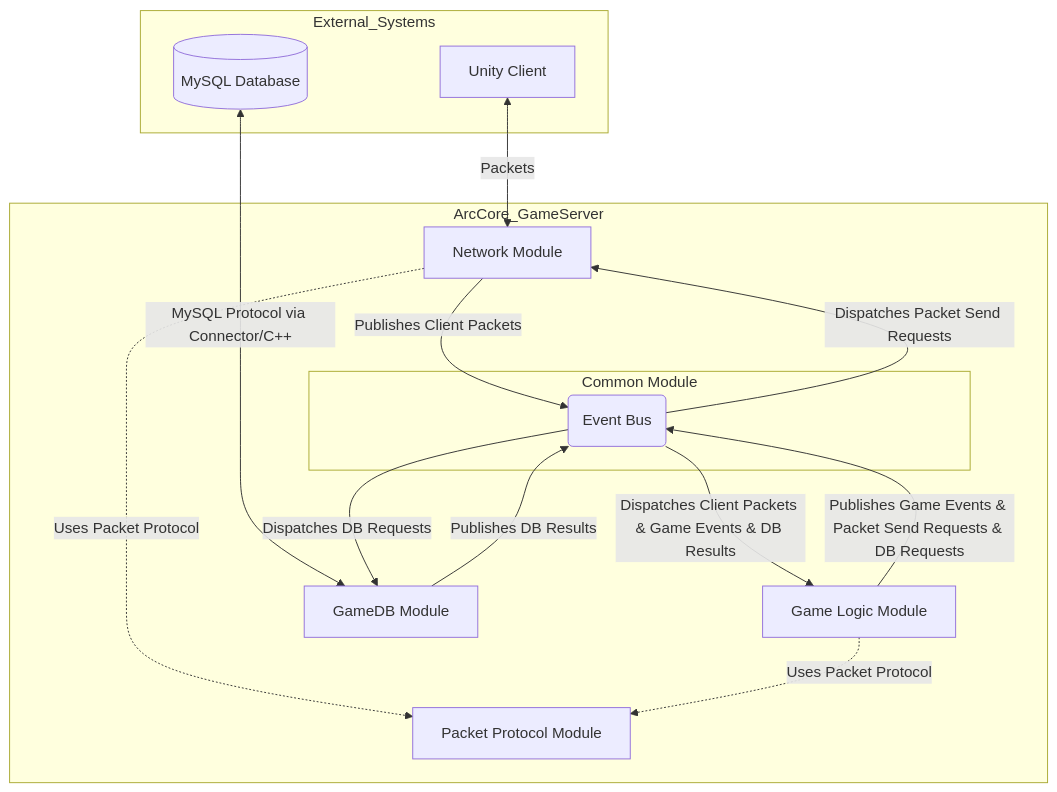
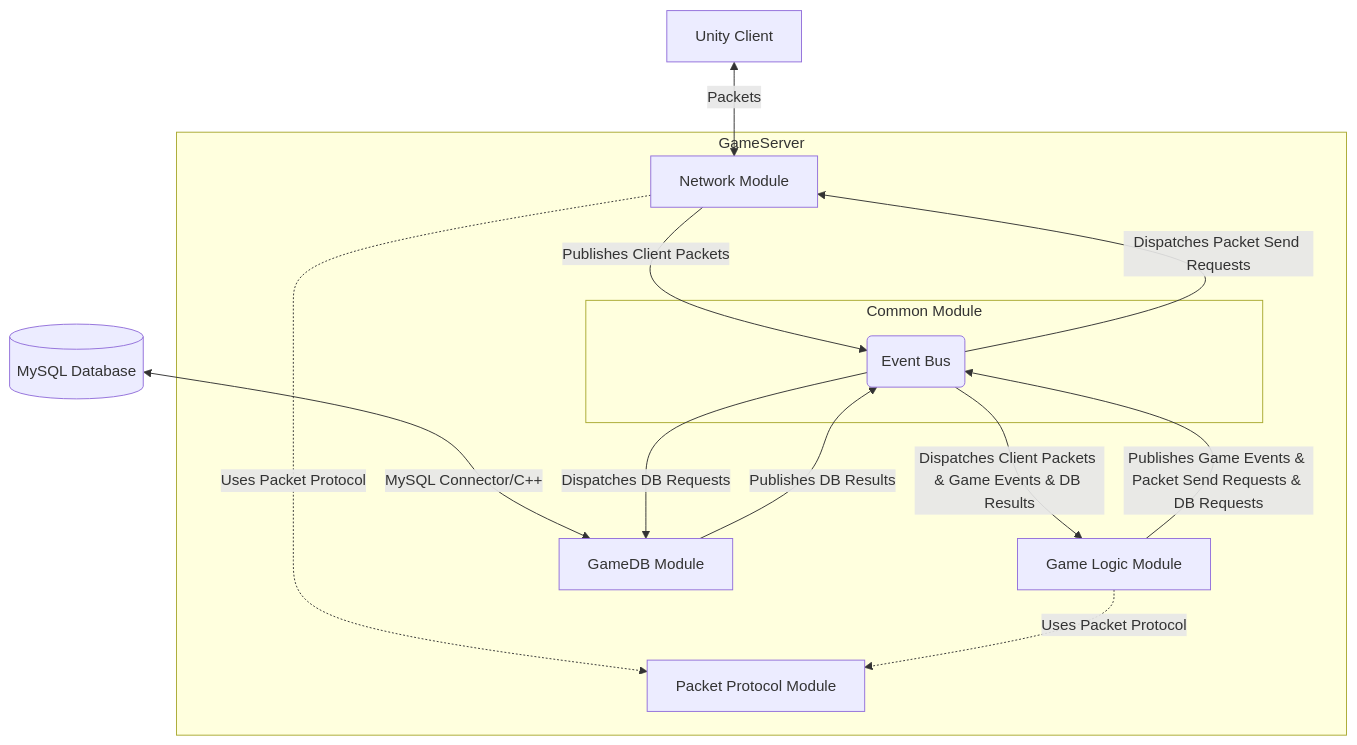
One commit to nansu0425/ArcCore changed the diagram in Documentation/Architecture_Design.md. Above: the diagram before and after it, drawn with Mermaid. The commit also changed other lines of this file, not shown here.

Commit message:
docs: refine Architecture_Design.md by updating diagrams and clarifying module roles

````diff
--- a/Documentation/Architecture_Design.md
+++ b/Documentation/Architecture_Design.md
@@ -19,33 +19,31 @@
 ```mermaid
 graph TD
-    subgraph External_Systems
-        Client[Unity Client]
-        Database[(MySQL Database)]
-    end
+    Client[Unity Client]
+    Database[(MySQL Database)]
 
-    subgraph ArcCore_GameServer
+    subgraph GameServer
         NetworkModule[Network Module]
         GameLogicModule[Game Logic Module]
         GameDBModule[GameDB Module]
 
         subgraph CommonModule[Common Module]
             EventBus(Event Bus)
         end
 
         PacketProtocolModule[Packet Protocol Module]
     end
 
     Client <-->|Packets| NetworkModule
-    Database <-->|MySQL Protocol via Connector/C++| GameDBModule
+    Database <-->|MySQL Connector/C++| GameDBModule
 
     NetworkModule -- Publishes Client Packets --> EventBus
     GameLogicModule -- Publishes Game Events & Packet Send Requests & DB Requests --> EventBus
     GameDBModule -- Publishes DB Results --> EventBus
 
     EventBus -- Dispatches Client Packets & Game Events & DB Results --> GameLogicModule
     EventBus -- Dispatches DB Requests --> GameDBModule
     EventBus -- Dispatches Packet Send Requests --> NetworkModule
 
     NetworkModule -.->|Uses Packet Protocol| PacketProtocolModule
     GameLogicModule -.->|Uses Packet Protocol| PacketProtocolModule
 ```
````
